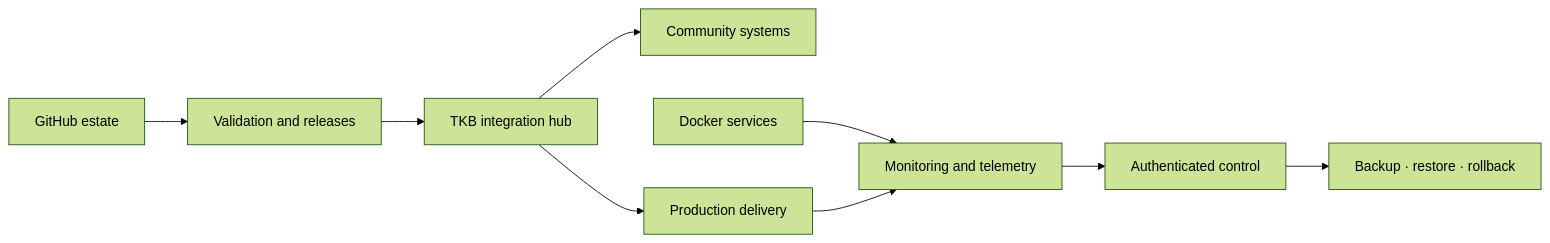
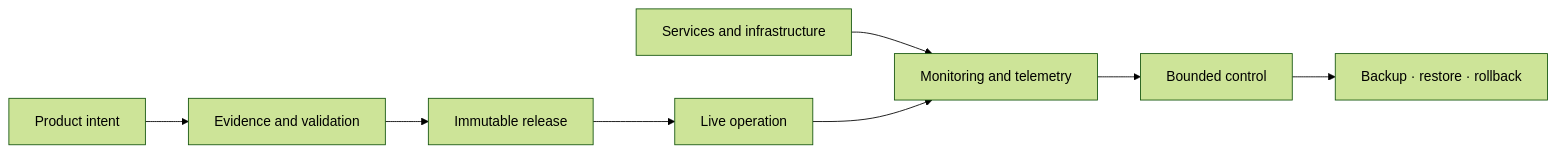
The diagram in README.md (Conroy1988/Conroy1988), drawn with Mermaid (forest theme) before and after one commit. The commit also changed other lines of this file and 12 other files, not shown here.

````diff
--- a/README.md
+++ b/README.md
@@ -224,11 +229,10 @@
 ```mermaid
 flowchart LR
-    Code[GitHub estate] --> Gate[Validation and releases]
-    Gate --> Hub[TKB integration hub]
-    Hub --> Community[Community systems]
-    Hub --> Deploy[Production delivery]
-    Services[Docker services] --> Observe[Monitoring and telemetry]
-    Deploy --> Observe
-    Observe --> Control[Authenticated control]
+    Idea[Product intent] --> Proof[Evidence and validation]
+    Proof --> Release[Immutable release]
+    Release --> Operate[Live operation]
+    Services[Services and infrastructure] --> Observe[Monitoring and telemetry]
+    Operate --> Observe
+    Observe --> Control[Bounded control]
     Control --> Recover[Backup · restore · rollback]
 ```
````
